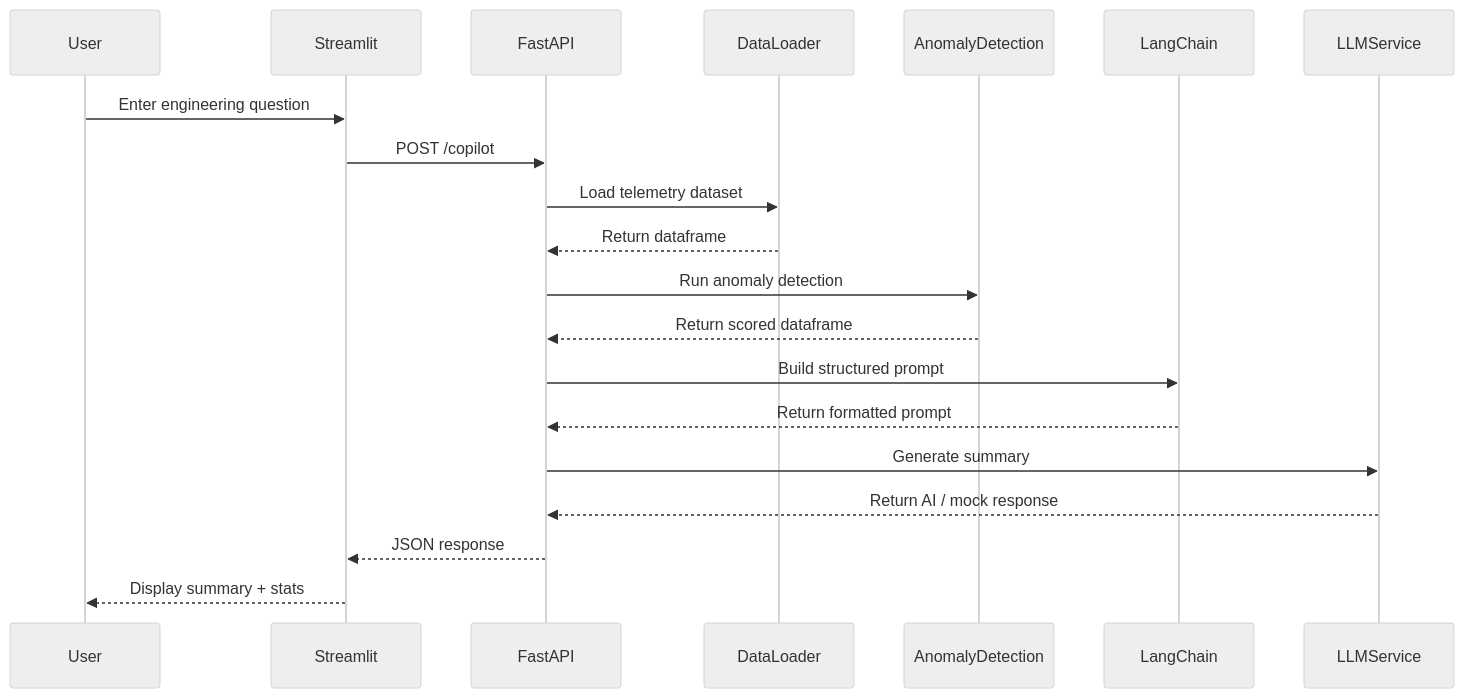
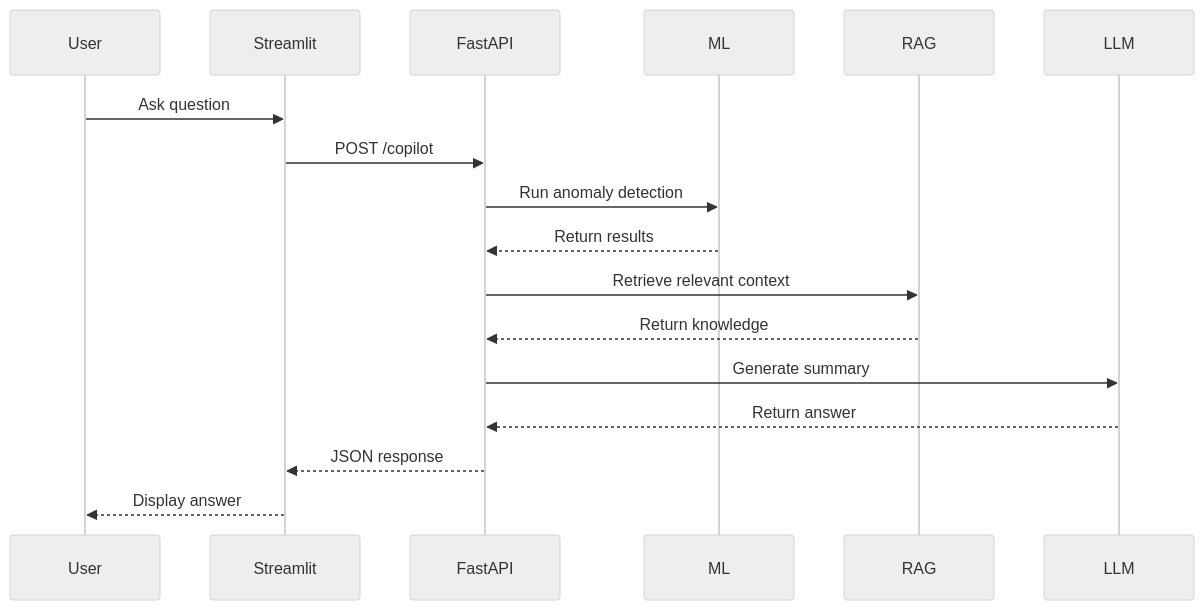
Before and after one commit to a7madgamaltantawy/ai-telemetry-copilot: the second of 2 diagrams in README.md, drawn with Mermaid (neutral theme). The commit also changed other lines of this file, not shown here.

````diff
--- a/README.md
+++ b/README.md
@@ -213,23 +64,20 @@
 ```mermaid
 sequenceDiagram
     participant User
     participant Streamlit
     participant FastAPI
-    participant DataLoader
-    participant AnomalyDetection
-    participant LangChain
-    participant LLMService
+    participant ML
+    participant RAG
+    participant LLM
 
-    User->>Streamlit: Enter engineering question
+    User->>Streamlit: Ask question
     Streamlit->>FastAPI: POST /copilot
-    FastAPI->>DataLoader: Load telemetry dataset
-    DataLoader-->>FastAPI: Return dataframe
-    FastAPI->>AnomalyDetection: Run anomaly detection
-    AnomalyDetection-->>FastAPI: Return scored dataframe
-    FastAPI->>LangChain: Build structured prompt
-    LangChain-->>FastAPI: Return formatted prompt
-    FastAPI->>LLMService: Generate summary
-    LLMService-->>FastAPI: Return AI / mock response
+    FastAPI->>ML: Run anomaly detection
+    ML-->>FastAPI: Return results
+    FastAPI->>RAG: Retrieve relevant context
+    RAG-->>FastAPI: Return knowledge
+    FastAPI->>LLM: Generate summary
+    LLM-->>FastAPI: Return answer
     FastAPI-->>Streamlit: JSON response
-    Streamlit-->>User: Display summary + stats
+    Streamlit-->>User: Display answer
 ```
````
